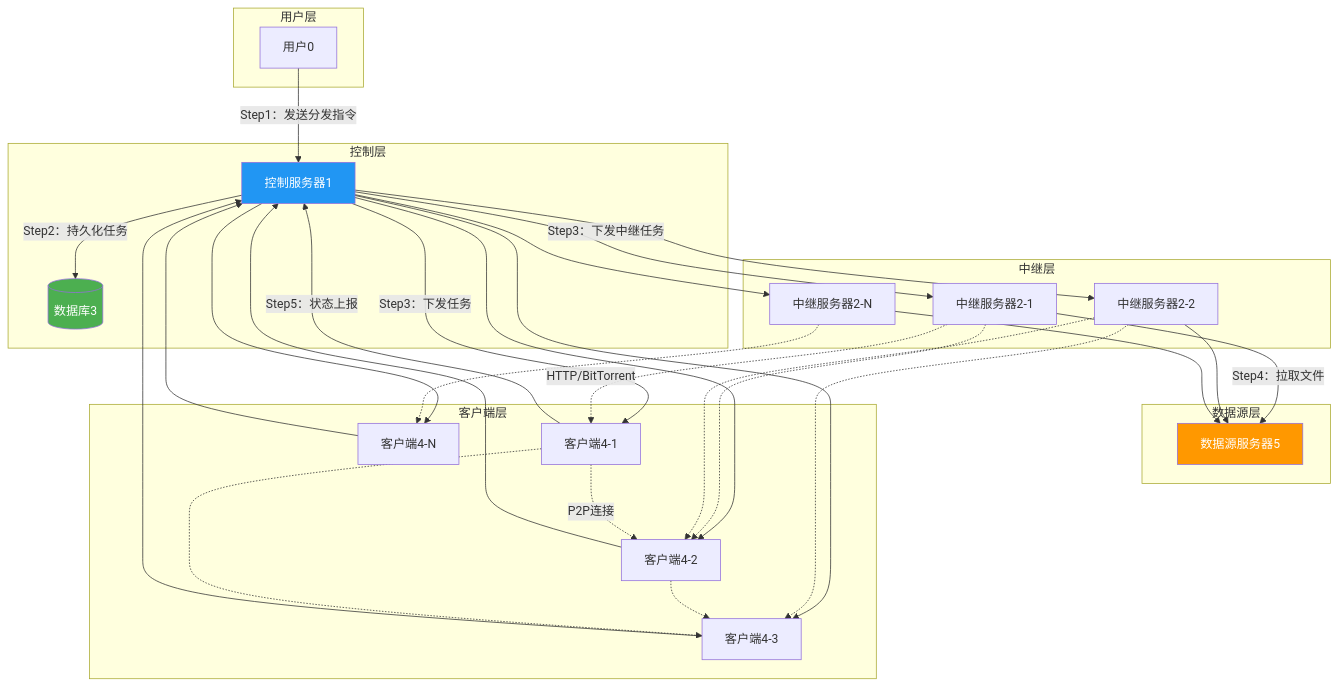
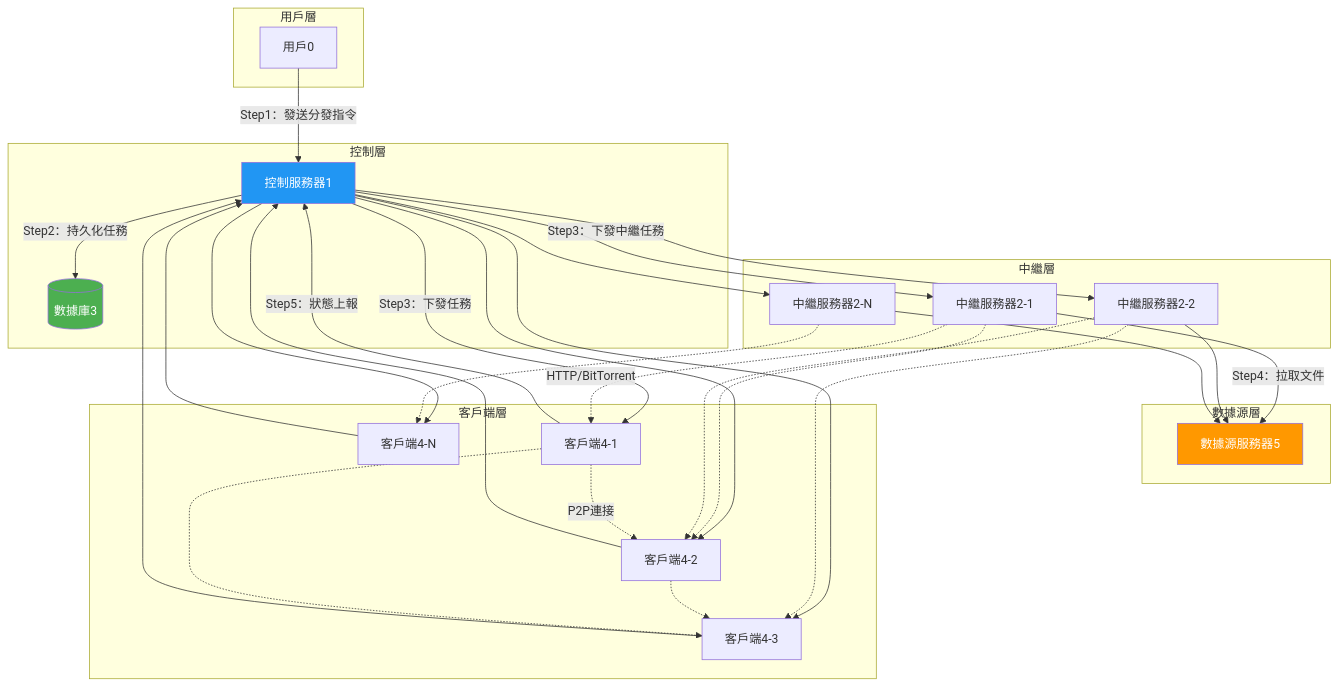
One commit to Raw1mage/PatentDrafter changed the second of 3 diagrams in data/example_patent.md. Above: the diagram before and after it, drawn with Mermaid. The commit also changed other lines of this file, not shown here.

````diff
--- a/data/example_patent.md
+++ b/data/example_patent.md
@@ -214,61 +214,61 @@
 ```mermaid
 graph TB
-    subgraph "用户层"
-        U[用户0]
+    subgraph "用戶層"
+        U[用戶0]
     end
 
-    subgraph "控制层"
-        CS[控制服务器1]
-        DB[(数据库3)]
+    subgraph "控制層"
+        CS[控制服務器1]
+        DB[(數據庫3)]
     end
 
-    subgraph "中继层"
-        RS1[中继服务器2-1]
-        RS2[中继服务器2-2]
-        RS3[中继服务器2-N]
+    subgraph "中繼層"
+        RS1[中繼服務器2-1]
+        RS2[中繼服務器2-2]
+        RS3[中繼服務器2-N]
     end
 
-    subgraph "数据源层"
-        DS[数据源服务器5]
+    subgraph "數據源層"
+        DS[數據源服務器5]
     end
 
-    subgraph "客户端层"
-        C1[客户端4-1]
-        C2[客户端4-2]
-        C3[客户端4-3]
-        CN[客户端4-N]
+    subgraph "客戶端層"
+        C1[客戶端4-1]
+        C2[客戶端4-2]
+        C3[客戶端4-3]
+        CN[客戶端4-N]
     end
 
-    U -->|Step1：发送分发指令| CS
-    CS -->|Step2：持久化任务| DB
-    CS -->|Step3：下发任务| C1
+    U -->|Step1：發送分發指令| CS
+    CS -->|Step2：持久化任務| DB
+    CS -->|Step3：下發任務| C1
     CS --> C2
     CS --> C3
     CS --> CN
-    CS -->|Step3：下发中继任务| RS1
+    CS -->|Step3：下發中繼任務| RS1
     CS --> RS2
     CS --> RS3
 
     RS1 -->|Step4：拉取文件| DS
     RS2 --> DS
     RS3 --> DS
 
     RS1 -.->|HTTP/BitTorrent| C1
     RS1 -.-> C2
     RS2 -.-> C2
     RS2 -.-> C3
     RS3 -.-> CN
 
-    C1 -.->|P2P连接| C2
+    C1 -.->|P2P連接| C2
     C2 -.-> C3
     C1 -.-> C3
 
-    C1 -->|Step5：状态上报| CS
+    C1 -->|Step5：狀態上報| CS
     C2 --> CS
     C3 --> CS
     CN --> CS
 
     style CS fill:#2196f3,color:#fff
     style DB fill:#4caf50,color:#fff
     style DS fill:#ff9800,color:#fff
 ```
````
